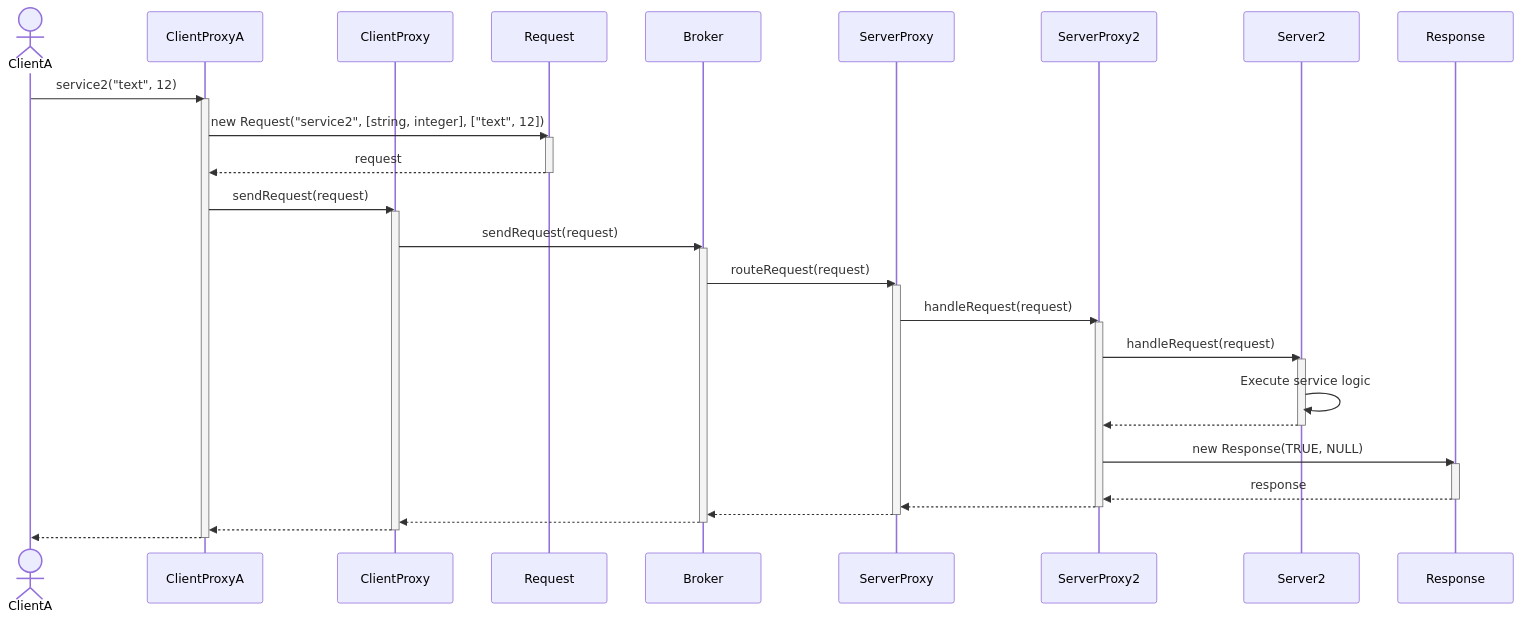
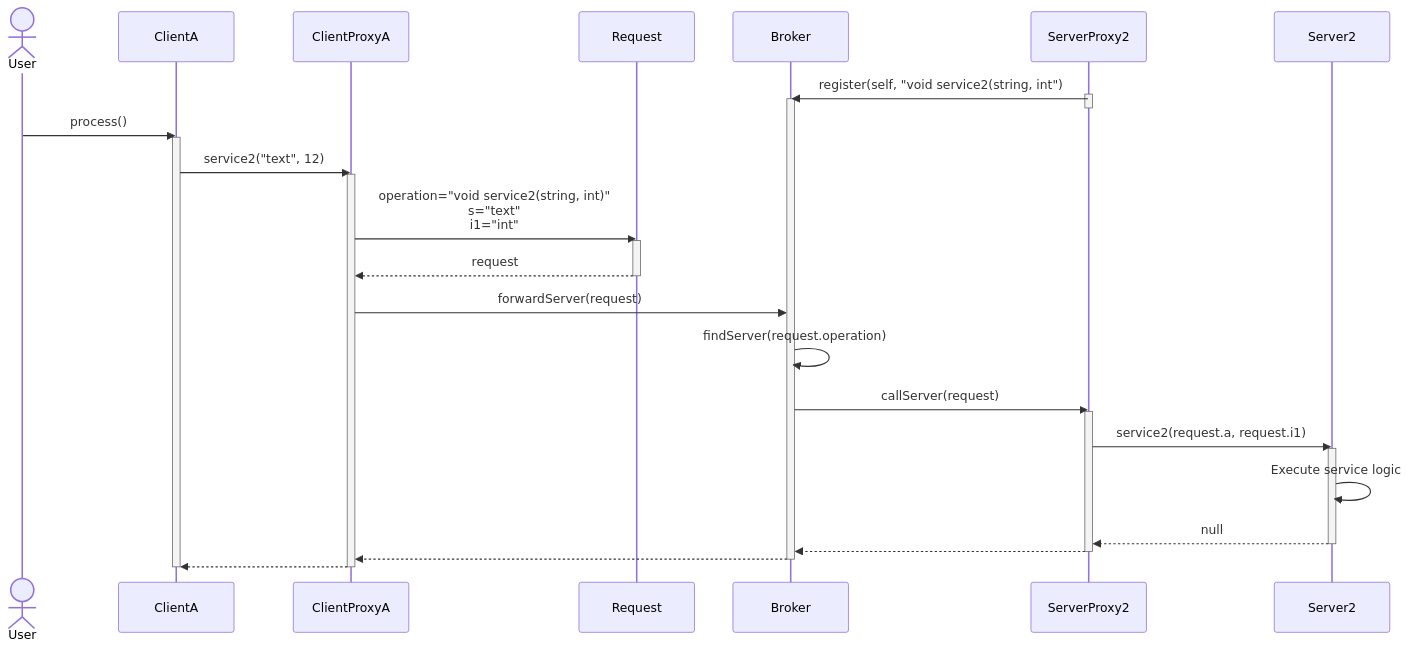
Before and after one commit to hanggrian/IIT-CS586: the diagram in assignments/hw2/diagram1_2.mmd, drawn with Mermaid. The commit also changed 13 other files, not shown here.

```diff
--- a/assignments/hw2/diagram1_2.mmd
+++ b/assignments/hw2/diagram1_2.mmd
@@ -1,54 +1,46 @@
 sequenceDiagram
-  actor ClientA
+  actor User
+  participant ClientA
   participant ClientProxyA
-  participant ClientProxy
   participant Request
   participant Broker
-  participant ServerProxy
   participant ServerProxy2
   participant Server2
-  participant Response
+
+  ServerProxy2 ->> Broker : register(self, "void service2(string, int")
+  activate Broker
+  activate ServerProxy2
+  deactivate ServerProxy2
+
+  User ->> ClientA : process()
+  activate ClientA
 
   ClientA ->> ClientProxyA : service2("text", 12)
   activate ClientProxyA
 
-  ClientProxyA ->> Request : new Request("service2", [string, integer], ["text", 12])
+  ClientProxyA ->> Request : operation="void service2(string, int)"<br>s="text"<br>i1="int"
   activate Request
   Request -->> ClientProxyA : request
   deactivate Request
 
-  ClientProxyA ->> ClientProxy : sendRequest(request)
-  activate ClientProxy
-  ClientProxy ->> Broker : sendRequest(request)
+  ClientProxyA ->> Broker : forwardServer(request)
 
-  activate Broker
-  Broker ->> ServerProxy : routeRequest(request)
-
-  activate ServerProxy
-  ServerProxy ->> ServerProxy2 : handleRequest(request)
+  Broker ->> Broker : findServer(request.operation)
+  Broker ->> ServerProxy2 : callServer(request)
 
   activate ServerProxy2
-  ServerProxy2 ->> Server2 : handleRequest(request)
+  ServerProxy2 ->> Server2 : service2(request.a, request.i1)
   activate Server2
   Server2 ->> Server2 : Execute service logic
-  Server2 -->> ServerProxy2 :
+  Server2 -->> ServerProxy2 : null
   deactivate Server2
 
-  ServerProxy2 ->> Response : new Response(TRUE, NULL)
-  activate Response
-  Response -->> ServerProxy2 : response
-  deactivate Response
+  ServerProxy2 -->> Broker :
+  deactivate ServerProxy2
 
-  ServerProxy2 -->> ServerProxy :
-  deactivate ServerProxy2
-  ServerProxy -->> Broker :
-  deactivate ServerProxy
-
-  Broker -->> ClientProxy :
+  Broker -->> ClientProxyA :
   deactivate Broker
-
-  ClientProxy -->> ClientProxyA :
-  deactivate ClientProxy
 
   ClientProxyA -->> ClientA :
   deactivate ClientProxyA
+  deactivate ClientA
```
